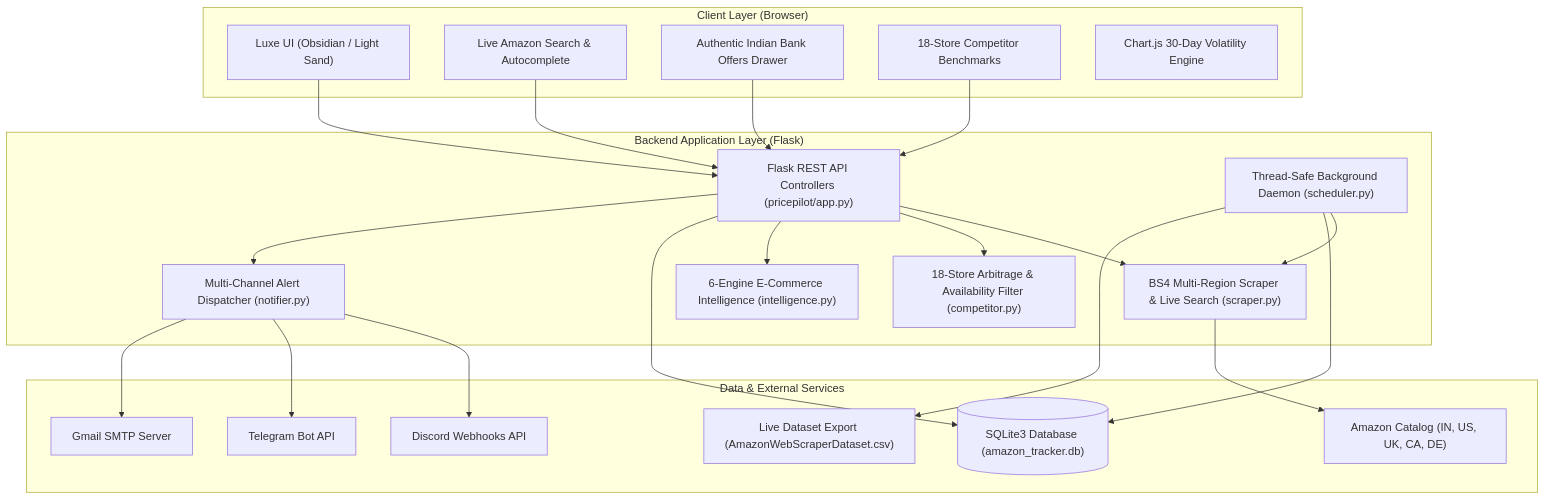
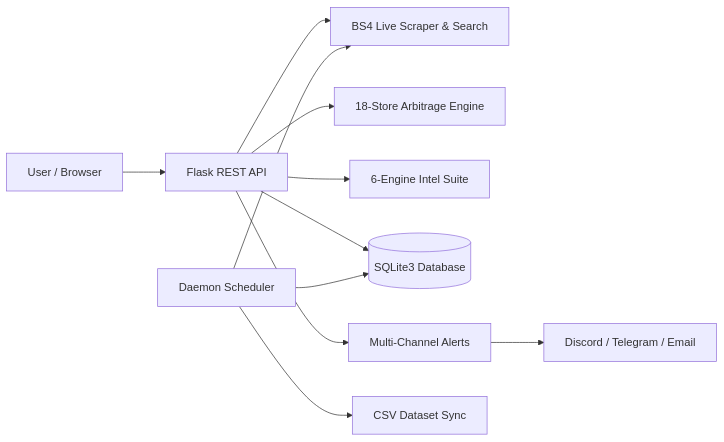
The diagram in README.md (Jai-S-Ramani/PricePilot), drawn with Mermaid before and after one commit. The commit also changed other lines of this file and 9 other files, not shown here.

````diff
--- a/README.md
+++ b/README.md
@@ -151,48 +100,13 @@
 ```mermaid
-flowchart TD
-    subgraph ClientLayer ["Client Layer (Browser)"]
-        UI["Luxe UI (Obsidian / Light Sand)"]
-        SearchModal["Live Amazon Search & Autocomplete"]
-        BankDrawer["Authentic Indian Bank Offers Drawer"]
-        ArbitrageUI["18-Store Competitor Benchmarks"]
-        AnalyticsChart["Chart.js 30-Day Volatility Engine"]
-    end
-
-    subgraph ServerLayer ["Backend Application Layer (Flask)"]
-        AppRouter["Flask REST API Controllers (pricepilot/app.py)"]
-        ScraperEngine["BS4 Multi-Region Scraper & Live Search (scraper.py)"]
-        ArbitrageEngine["18-Store Arbitrage & Availability Filter (competitor.py)"]
-        IntelSuite["6-Engine E-Commerce Intelligence (intelligence.py)"]
-        SchedulerDaemon["Thread-Safe Background Daemon (scheduler.py)"]
-        Notifier["Multi-Channel Alert Dispatcher (notifier.py)"]
-    end
-
-    subgraph DataLayer ["Data & External Services"]
-        SQLiteDB[("SQLite3 Database (amazon_tracker.db)")]
-        CSVExport["Live Dataset Export (AmazonWebScraperDataset.csv)"]
-        AmazonCatalog["Amazon Catalog (IN, US, UK, CA, DE)"]
-        DiscordBot["Discord Webhooks API"]
-        TelegramBot["Telegram Bot API"]
-        SMTPServer["Gmail SMTP Server"]
-    end
-
-    UI --> AppRouter
-    SearchModal --> AppRouter
-    BankDrawer --> AppRouter
-    ArbitrageUI --> AppRouter
-
-    AppRouter --> ScraperEngine
-    AppRouter --> ArbitrageEngine
-    AppRouter --> IntelSuite
-    AppRouter --> SQLiteDB
-    AppRouter --> Notifier
-
-    SchedulerDaemon --> ScraperEngine
-    SchedulerDaemon --> SQLiteDB
-    SchedulerDaemon --> CSVExport
-
-    ScraperEngine --> AmazonCatalog
-    Notifier --> DiscordBot
-    Notifier --> TelegramBot
-    Notifier --> SMTPServer
+flowchart LR
+    A["User / Browser"] --> B["Flask REST API"]
+    B --> C["BS4 Live Scraper & Search"]
+    B --> D["18-Store Arbitrage Engine"]
+    B --> E["6-Engine Intel Suite"]
+    B --> F[("SQLite3 Database")]
+    B --> G["Multi-Channel Alerts"]
+    G --> H["Discord / Telegram / Email"]
+    I["Daemon Scheduler"] --> C
+    I --> F
+    I --> J["CSV Dataset Sync"]
 ```
````
